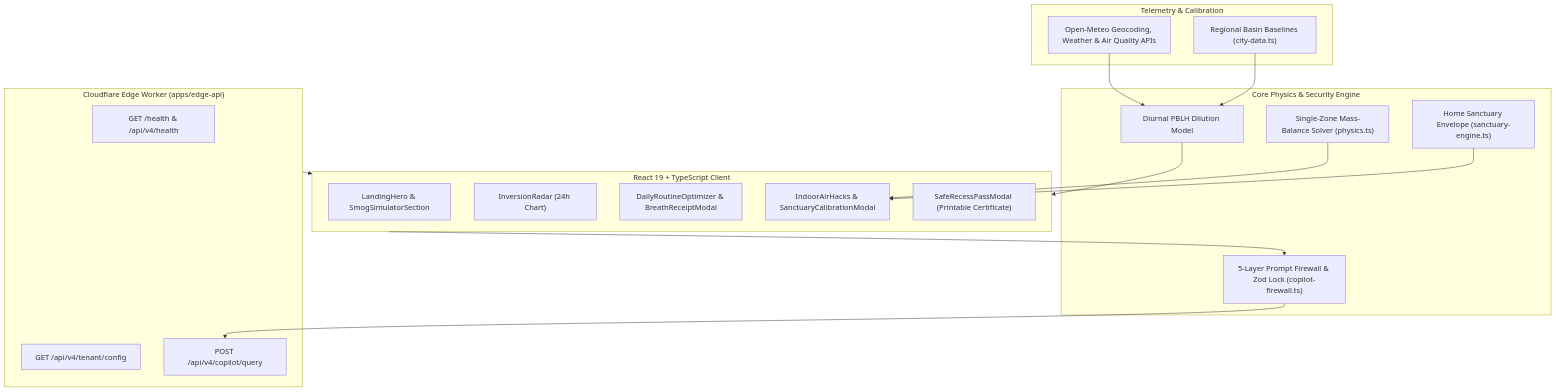
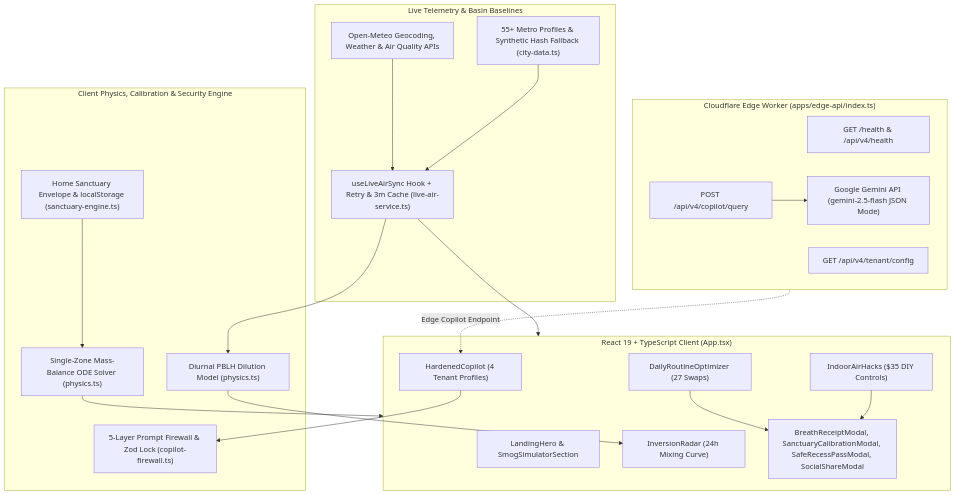
One commit to z99wE/zerobon changed the first of 2 diagrams in README.md. Above: the diagram before and after it, drawn with Mermaid. The commit also changed other lines of this file, not shown here.

Commit message:
docs(readme): upgrade architecture diagrams, add innovation pillars, and align Gemini edge references

````diff
--- a/README.md
+++ b/README.md
@@ -54,37 +56,44 @@
 ```mermaid
 flowchart TD
-    subgraph DATA ["Telemetry & Calibration"]
+    subgraph DATA ["Live Telemetry & Basin Baselines"]
         METEO["Open-Meteo Geocoding, Weather & Air Quality APIs"]
-        BASE["Regional Basin Baselines (city-data.ts)"]
+        BASE["55+ Metro Profiles & Synthetic Hash Fallback (city-data.ts)"]
+        SYNC["useLiveAirSync Hook + Retry & 3m Cache (live-air-service.ts)"]
     end
 
-    subgraph ENGINE ["Core Physics & Security Engine"]
-        INVERSION["Diurnal PBLH Dilution Model"]
-        MASS["Single-Zone Mass-Balance Solver (physics.ts)"]
-        SANCTUARY["Home Sanctuary Envelope (sanctuary-engine.ts)"]
+    subgraph ENGINE ["Client Physics, Calibration & Security Engine"]
+        INVERSION["Diurnal PBLH Dilution Model (physics.ts)"]
+        MASS["Single-Zone Mass-Balance ODE Solver (physics.ts)"]
+        SANCTUARY["Home Sanctuary Envelope & localStorage (sanctuary-engine.ts)"]
         FIREWALL["5-Layer Prompt Firewall & Zod Lock (copilot-firewall.ts)"]
     end
 
-    subgraph EDGE ["Cloudflare Edge Worker (apps/edge-api)"]
+    subgraph UI ["React 19 + TypeScript Client (App.tsx)"]
+        HERO["LandingHero & SmogSimulatorSection"]
+        RADAR["InversionRadar (24h Mixing Curve)"]
+        ROUTINES["DailyRoutineOptimizer (27 Swaps)"]
+        HACKS["IndoorAirHacks ($35 DIY Controls)"]
+        COPILOT["HardenedCopilot (4 Tenant Profiles)"]
+        MODALS["BreathReceiptModal, SanctuaryCalibrationModal, SafeRecessPassModal, SocialShareModal"]
+    end
+
+    subgraph EDGE ["Cloudflare Edge Worker (apps/edge-api/index.ts)"]
         HEALTH["GET /health & /api/v4/health"]
         TENANT["GET /api/v4/tenant/config"]
         QUERY["POST /api/v4/copilot/query"]
+        GEMINI["Google Gemini API (gemini-2.5-flash JSON Mode)"]
     end
 
-    subgraph UI ["React 19 + TypeScript Client"]
-        HERO["LandingHero & SmogSimulatorSection"]
-        RADAR["InversionRadar (24h Chart)"]
-        ROUTINES["DailyRoutineOptimizer & BreathReceiptModal"]
-        HACKS["IndoorAirHacks & SanctuaryCalibrationModal"]
-        PASS["SafeRecessPassModal (Printable Certificate)"]
-    end
-
-    METEO --> INVERSION
-    BASE --> INVERSION
-    INVERSION --> UI
-    MASS --> HACKS
-    SANCTUARY --> HACKS
-    UI --> FIREWALL
-    FIREWALL --> QUERY
-    EDGE --> UI
+    METEO --> SYNC
+    BASE --> SYNC
+    SYNC --> INVERSION
+    SYNC --> UI
+    SANCTUARY --> MASS
+    MASS --> UI
+    INVERSION --> RADAR
+    ROUTINES --> MODALS
+    HACKS --> MODALS
+    COPILOT --> FIREWALL
+    QUERY --> GEMINI
+    EDGE -.->|"Edge Copilot Endpoint"| COPILOT
 ```
````
